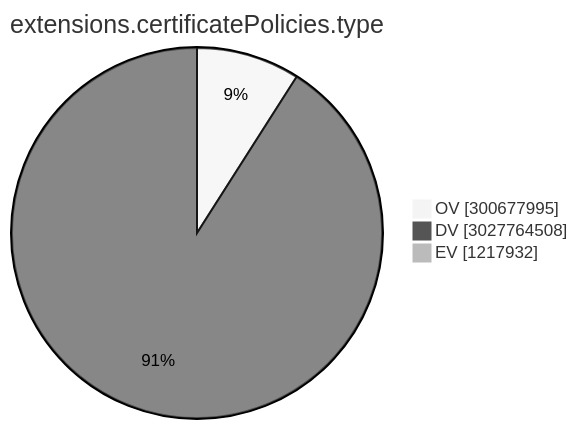
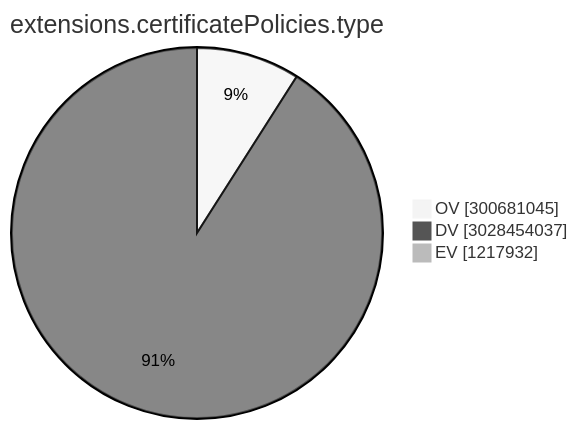
Before and after one commit to christiankrug/ctmonitor_visualization: the ninth of 15 diagrams in TOTAL/README.md, drawn with Mermaid (neutral theme). The commit also changed other lines of this file, not shown here.

````diff
--- a/TOTAL/README.md
+++ b/TOTAL/README.md
@@ -3102,7 +3102,7 @@
 ```mermaid
 pie showData
 title extensions.certificatePolicies.type
-"OV" :300677995
-"DV" :3027764508
+"OV" :300681045
+"DV" :3028454037
 "EV" :1217932
 ```
````
